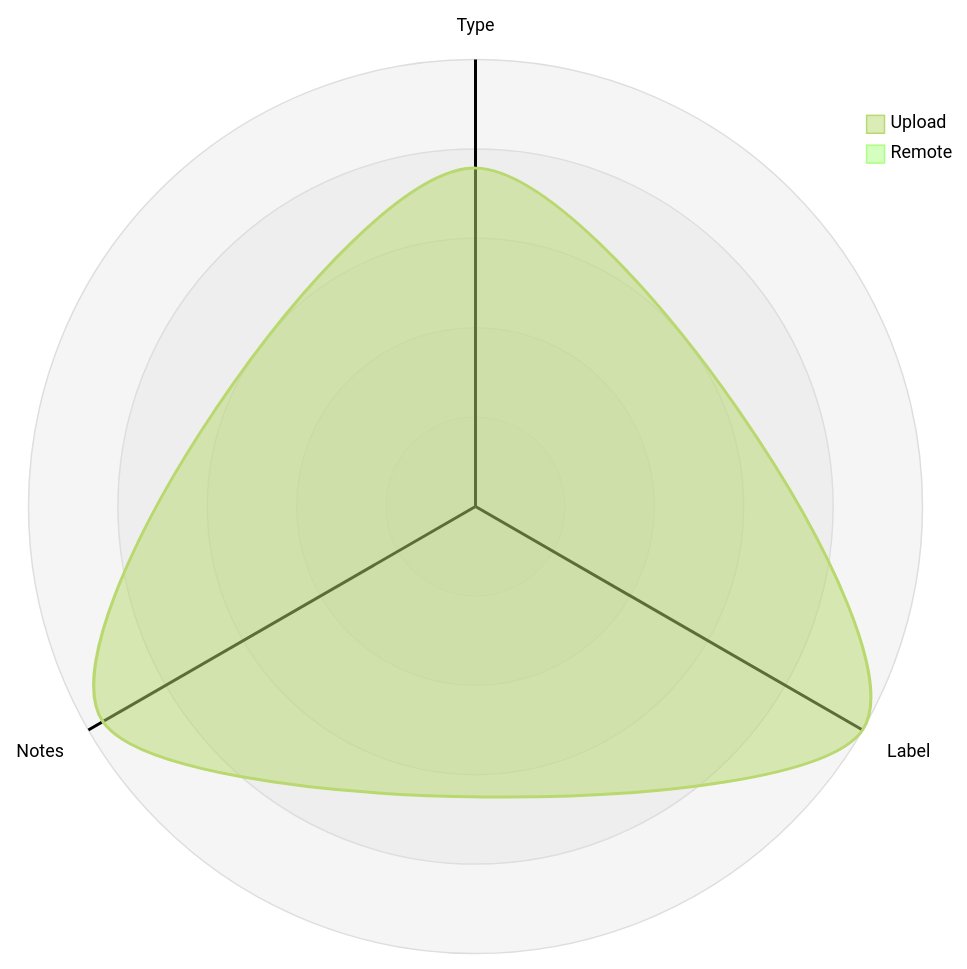
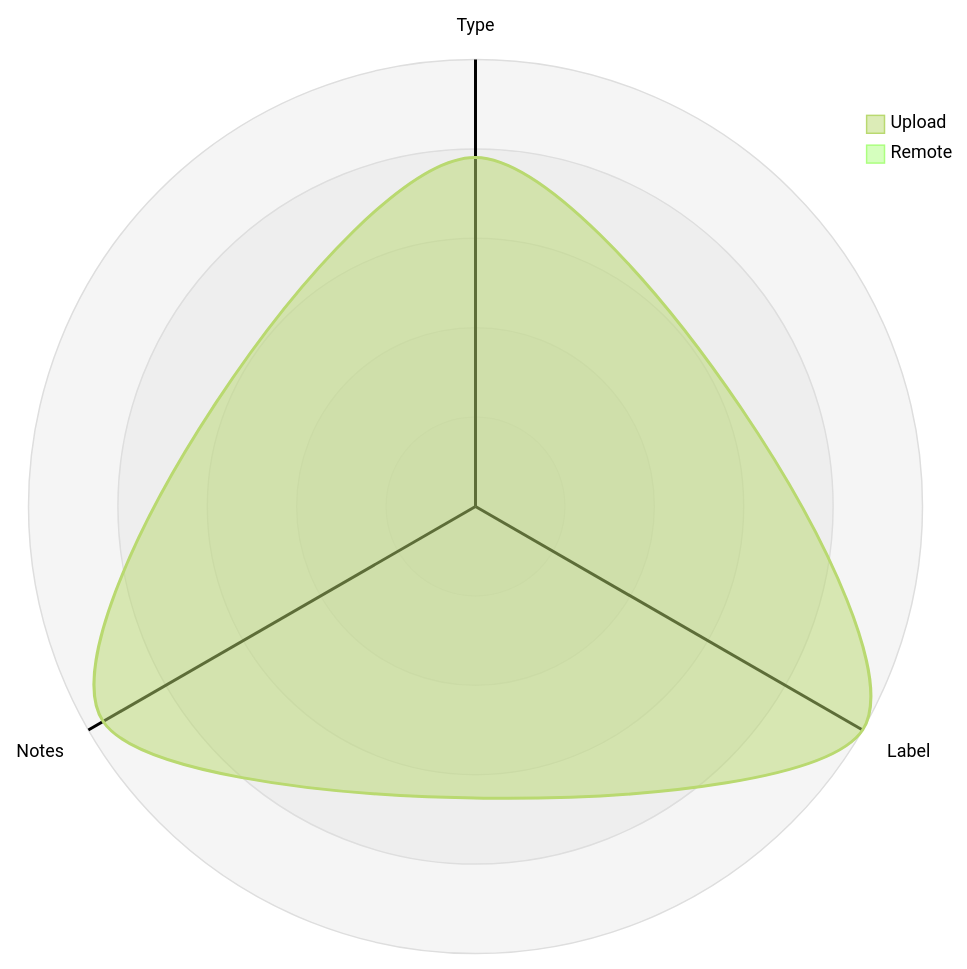
Before and after one commit to open-data/analytics-corporate-reporting: the third of 5 diagrams in datastore_tracker/README.md, drawn with Mermaid (forest theme). The commit also changed other lines of this file and 7 other files, not shown here.

````diff
--- a/datastore_tracker/README.md
+++ b/datastore_tracker/README.md
@@ -104,12 +104,12 @@
 ```mermaid
 radar-beta
   axis T["Type"], L["Label"], N["Notes"]
-  curve u["Upload"]{0.00081, 0.00107, 0.00103}
+  curve u["Upload"]{0.00082, 0.00105, 0.00101}
   curve r["Remote"]{0, 0, 0}
 
   showLegend true
 
   min 0
   graticule circle
   ticks 5
 ```
````
